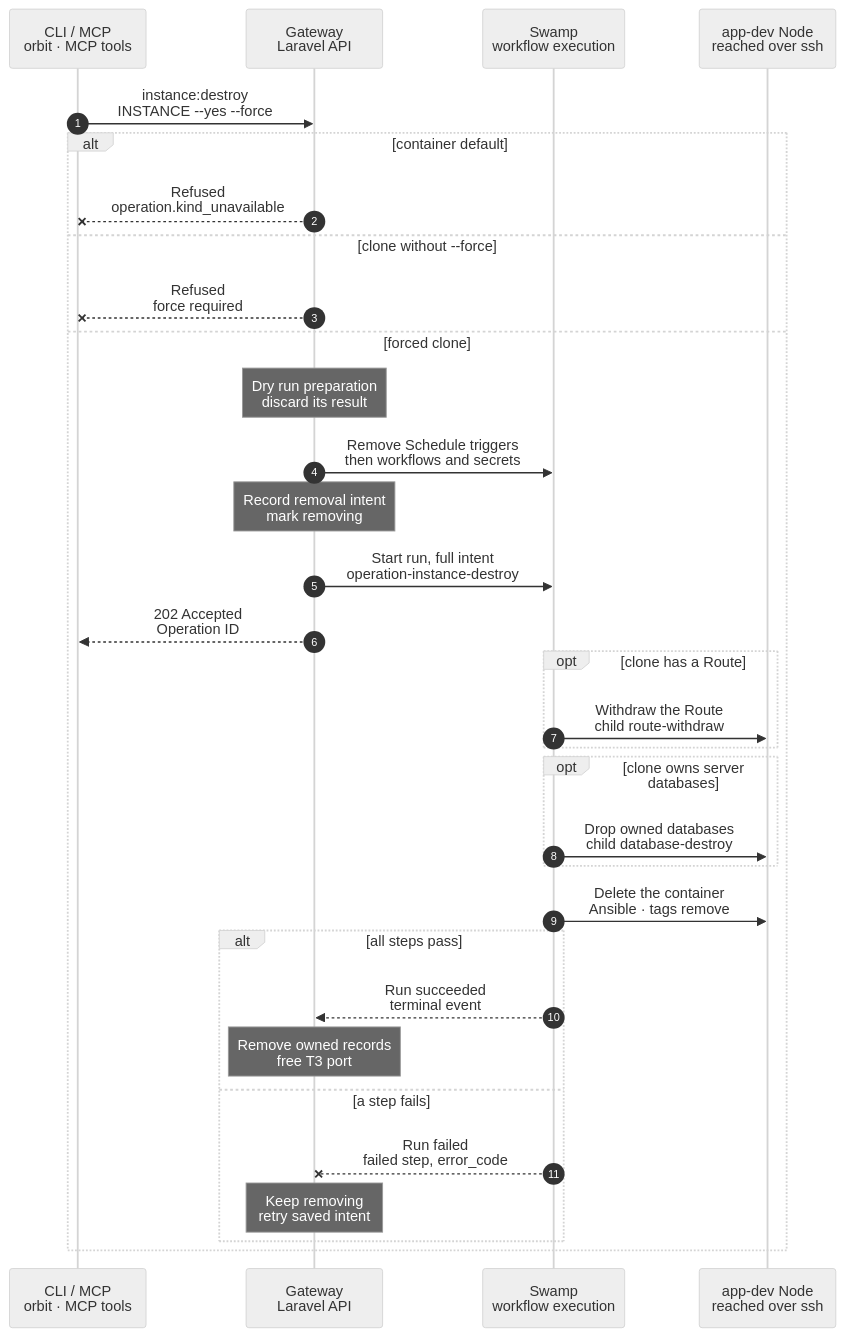
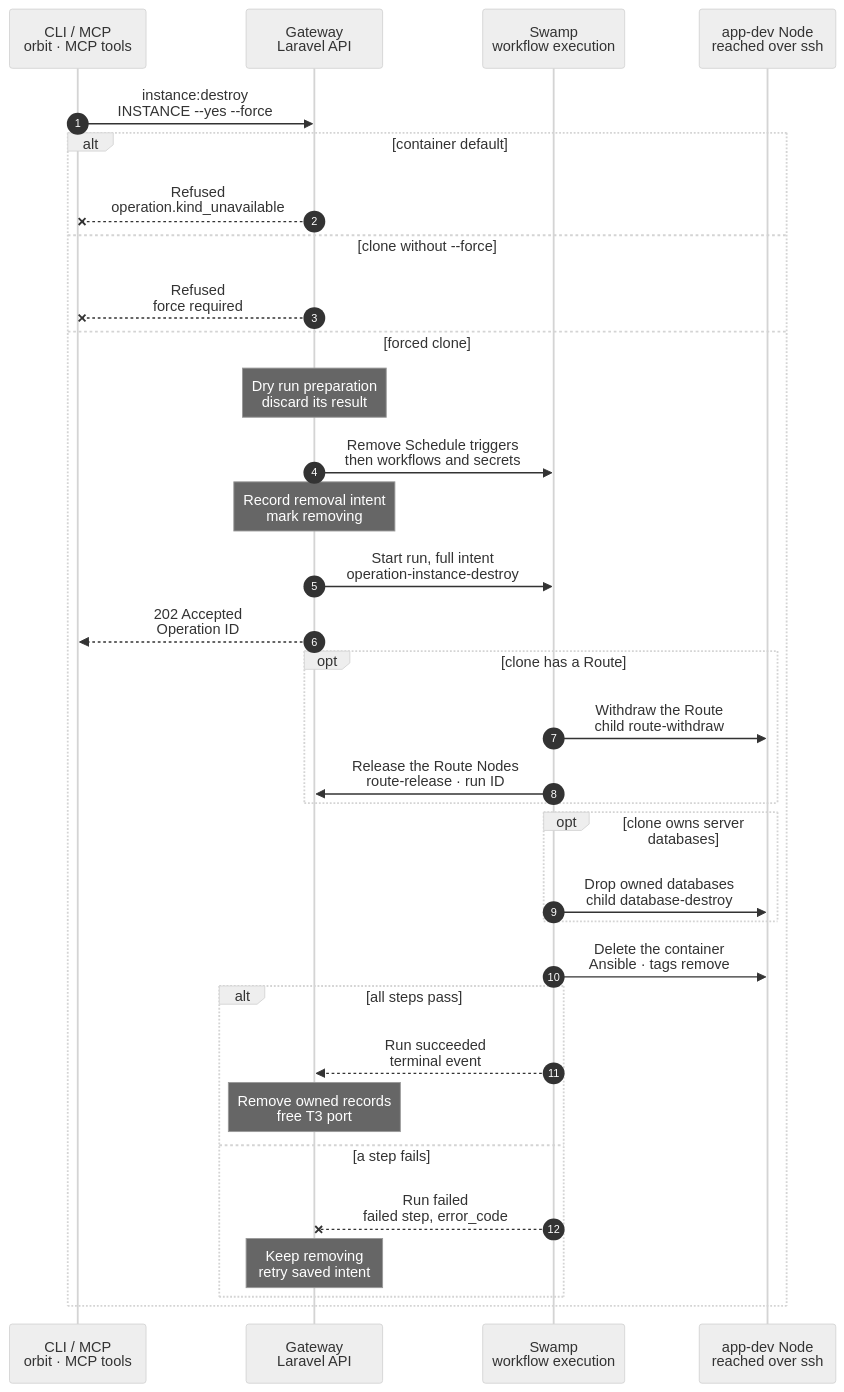
One commit to hardimpactdev/orbit changed the diagram in docs/cli/instance/container/destroy.mmd. Above: the diagram before and after it, drawn with Mermaid (neutral theme). The commit also changed 4 other files, not shown here.

Commit message:
docs(instances): a removal frees its Route hold once the Route is withdrawn

```diff
--- a/docs/cli/instance/container/destroy.mmd
+++ b/docs/cli/instance/container/destroy.mmd
@@ -1,92 +1,98 @@
 sequenceDiagram
   %% Non-default container cleanup. Conn admission precedes this forced engine; CLI admission keeps its existing rules.
   %% status: draft
   %% command: instance:destroy
   %% kind: instance.destroy
   autonumber
   %% lane CLI icon=terminal pill=caller tone=gray
   %% lane GW icon=gateway pill=intent tone=blue
   %% lane SW icon=workflow pill=executes tone=green
   %% lane N icon=server pill=target tone=amber
   participant CLI as CLI / MCP<br/>orbit · MCP tools
   participant GW as Gateway<br/>Laravel API
   participant SW as Swamp<br/>workflow execution
   participant N as app-dev Node<br/>reached over ssh
   CLI->>GW: instance:destroy<br/>INSTANCE --yes --force
   %% path: main
   %%> Conn admission:
   %%> - POST /api/v1/conn/instances/ID/destroy requires an Idempotency-Key and acknowledge_unsaved as a JSON boolean
   %%> - the caller needs access to the Instance's Node; a missing Instance is 404
   %%> - a default answers 409 instance.default_protected; a host checkout answers 409 instance.not_container
   %%> - without acknowledgement, answer 409 instance.unsaved_work with unknown state and null counts; no container Git observations exist yet
   %%> - these refusals change no Schedule, Route, database, pairing, environment or Operation, and never probe the container
   %%> - acknowledged removal uses this same engine with force=true; all existing engine blockers keep their codes
   %%> - the same key and request returns the same Operation with 202, including after Instance deletion; a changed request is an idempotency conflict
   %%> CLI requirements:
   %%> - Node access to the Instance's Node and no other lifecycle Operation holds the Instance
   %%> - this slice supports a non-default container Instance, cloned or migrated; the Instance named `default` remains unavailable
   %%> - `--force` is required until guarded removal is built; no work or turn check runs
   alt container default
     %% path: default-unavailable
     GW--xCLI: Refused<br/>operation.kind_unavailable
   else clone without --force
     %% path: force-required
     GW--xCLI: Refused<br/>force required
     %%> Code:
     %%> - `instance.container_destroy_force_required`
   else forced clone
     %% path: admitted
     Note over GW: Dry run preparation<br/>discard its result
     %%> Result:
     %%> - capture the clone's container identity, Route, Processes and owned databases
     %%> - all callers try the same pure preparation that admission uses; discard its result before any Schedule effect
     %%> - the dry run checks publication Nodes, SSH pins, Caddy, PHP and DNS; it changes no state, records no intent, stages no copy and takes no Route hold
     %%> - keep its runtime row, address and T3 port reserved until terminal success
     %%> - Conn refuses new pairings while the Instance is removing
     GW->>SW: Remove Schedule triggers<br/>then workflows and secrets
     %%> Failure boundary:
     %%> - a validation refusal leaves Schedules untouched; a Schedule removal failure keeps the Instance and Route active and records no destroy Operation
     %%> Fresh admission:
     %%> - if a fact changes after the dry run, admission uses its current value and may refuse; Schedules may already be stopped
     %%> - build all publication, participant, database, member, runtime, Route and root facts fresh in the admission transaction; keep no lock across Schedule calls
     Note over GW: Record removal intent<br/>mark removing
     %%> Result:
     %%> - call the same preparation again inside the admission transaction; record only this fresh intent, then mark the Instance removing and the Route retiring
     GW->>SW: Start run, full intent<br/>operation-instance-destroy
     GW-->>CLI: 202 Accepted<br/>Operation ID
     opt clone has a Route
       %% path: routed
       SW->>N: Withdraw the Route<br/>child route-withdraw
       %%> Caddy publication:
       %%> - on the Node, wait at most 5 s for the publish lock; compare the composed-from SHA-256 with the live file, then validate, rename and reload under that lock
       %%> - a changed base refuses with `caddy.composed_from_live_mismatch`; a busy lock refuses with `caddy.publish_busy`; the live Caddyfile stays unchanged and the normal failure path runs
+      SW->>GW: Release the Route Nodes<br/>route-release · run ID
+      %%> When:
+      %%> - only after the withdrawal held; the container delete writes only this clone's files, so the next Route write on the Node starts now
+      %%> If it is refused:
+      %%> - the run goes on; the end frees the Nodes, and the result says route_hold_released false
     end
     opt clone owns server databases
       %% path: server-database
       SW->>N: Drop owned databases<br/>child database-destroy
     end
     SW->>N: Delete the container<br/>Ansible · tags remove
     %%> What it does:
     %%> - stops and deletes the clone, its Processes, T3 history, snapshots, storage volume and proxy device
     %%> - deleting T3 retires every session and unused pairing link; no T3 call or new vault key is needed
     %%> - removes its `instance-<id>` ACL from Incus project `default`, its owned UFW rules, its Node repository mirror and its private Node mail activation state
     %%> - checks that the container and storage volume are absent; already absent resources are removed
     %%> - the default and sibling clones stay; a migrated Instance's retained Git directory is untouched and can be purged only by hand
     alt all steps pass
       %% path: succeeded
       SW-->>GW: Run succeeded<br/>terminal event
       Note over GW: Remove owned records<br/>free T3 port
       %%> Result:
       %%> - remove Instance execution copies and Conn's copies, environment and pairings, even while Conn is disabled
       %%> - delete the Route, Processes, owned database records, runtime row and Instance
       %%> - keep `retained_git_path` and `retained_git_at` in the destroy Operation result so retention stays findable after the Instance row goes
       %%> - deleting the runtime row frees the published T3 port and bridge address
     else a step fails
       %% path: removal-failed
       SW--xGW: Run failed<br/>failed step, error_code
       Note over GW: Keep removing<br/>retry saved intent
       %%> Retry:
       %%> - a fresh forced destroy reuses the removal identity and accepts resources already gone
       %%> - after withdrawal the Route stays down; records and the reserved port stay until success
+      %%> - the removal records route_withdrawn_at, so the retry skips the withdrawal and holds no Node
     end
   end
```
